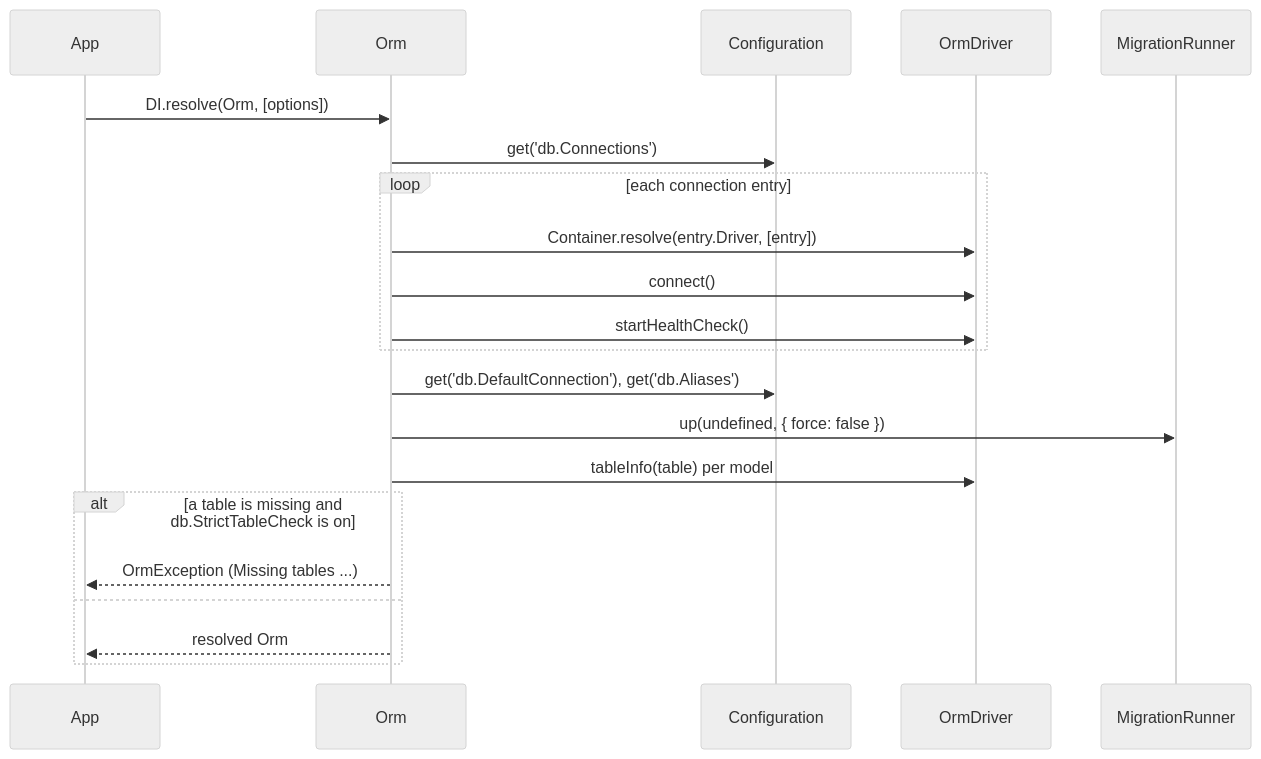
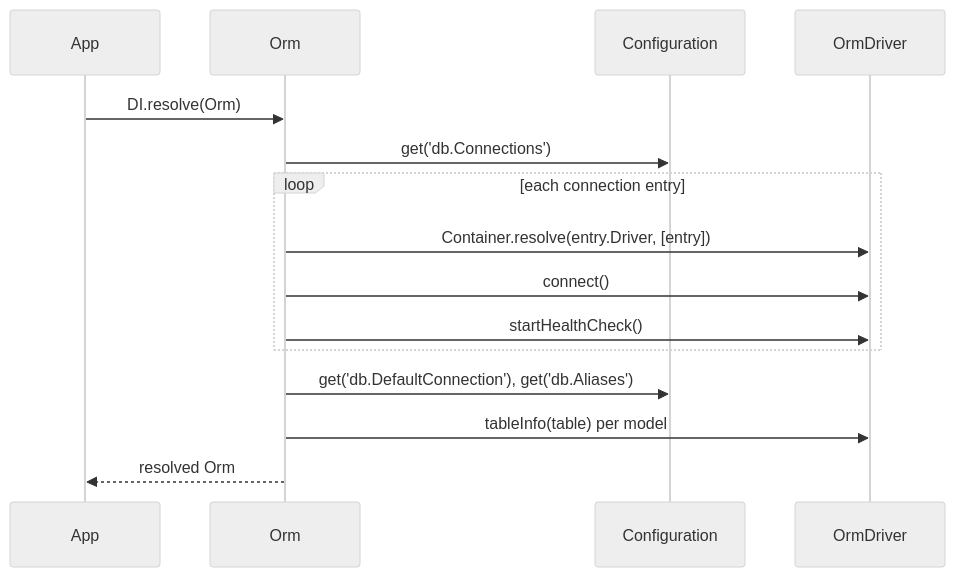
Before and after one commit to spinajs/main: the diagram in docs/orm/01-connections.md, drawn with Mermaid (neutral theme). The commit also changed other lines of this file and 20 other files, not shown here.

````diff
--- a/docs/orm/01-connections.md
+++ b/docs/orm/01-connections.md
@@ -21,23 +21,17 @@
 ```mermaid
 sequenceDiagram
   participant App
   participant Orm
   participant Configuration
   participant Driver as OrmDriver
-  participant Runner as MigrationRunner
-  App->>Orm: DI.resolve(Orm, [options])
+  App->>Orm: DI.resolve(Orm)
   Orm->>Configuration: get('db.Connections')
   loop each connection entry
     Orm->>Driver: Container.resolve(entry.Driver, [entry])
     Orm->>Driver: connect()
     Orm->>Driver: startHealthCheck()
   end
   Orm->>Configuration: get('db.DefaultConnection'), get('db.Aliases')
-  Orm->>Runner: up(undefined, { force: false })
   Orm->>Driver: tableInfo(table) per model
-  alt a table is missing and db.StrictTableCheck is on
-    Orm-->>App: OrmException (Missing tables ...)
-  else
-    Orm-->>App: resolved Orm
-  end
+  Orm-->>App: resolved Orm
 ```
````
